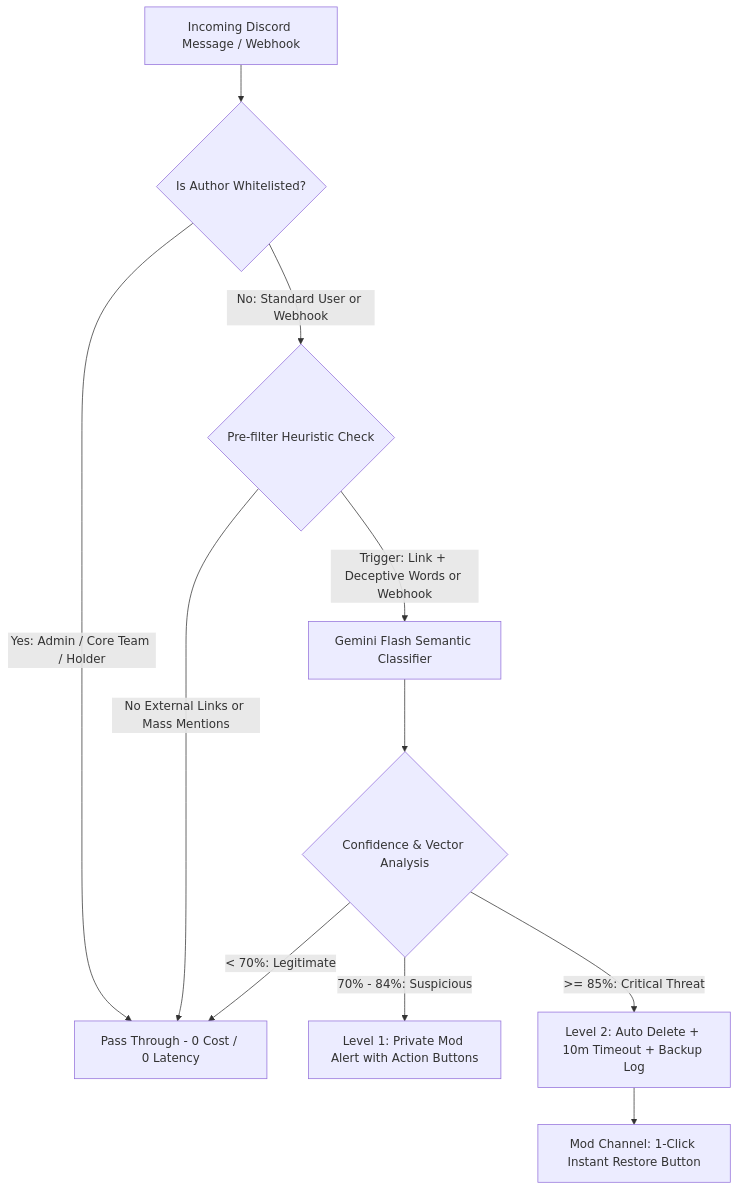
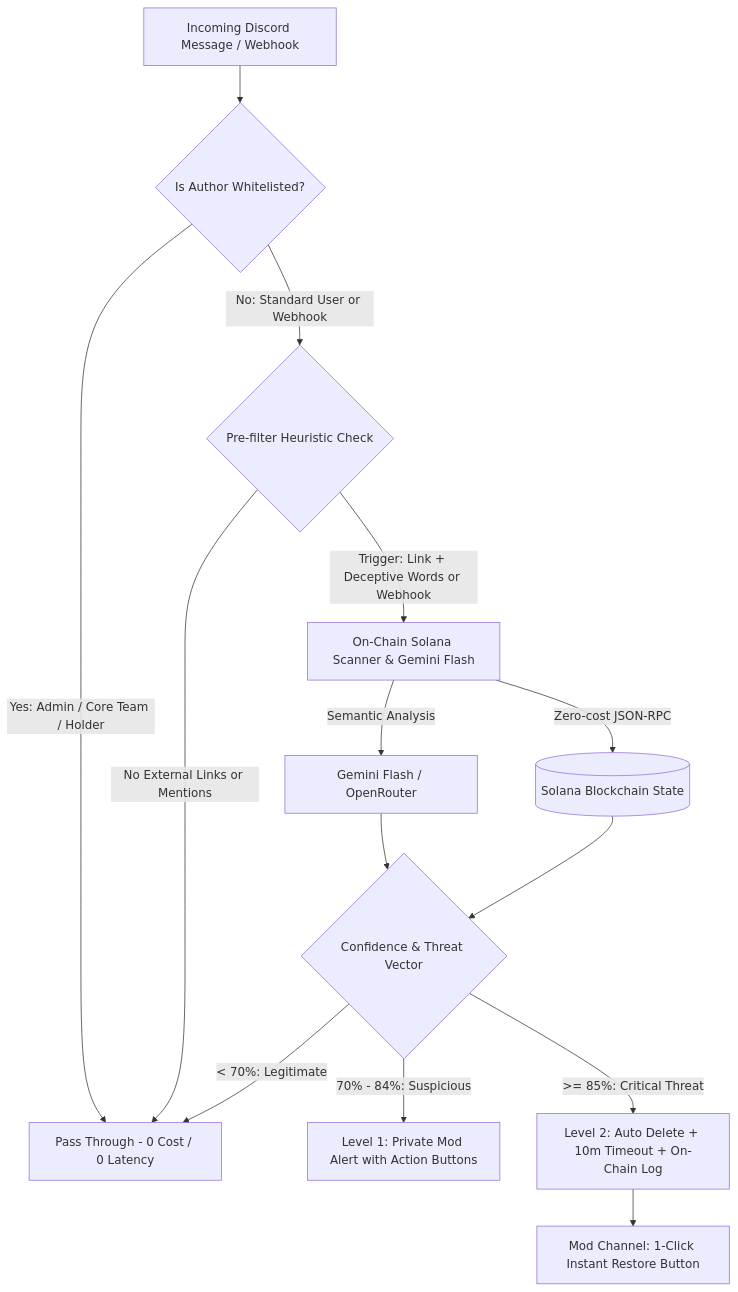
Before and after one commit to lamaaguilar9-web/discord-ai-sentinel: the diagram in README.md, drawn with Mermaid. The commit also changed other lines of this file and 3 other files, not shown here.

Commit message:
feat: add zero-cost on-chain Solana sensor for Superteam bounty

````diff
--- a/README.md
+++ b/README.md
@@ -30,18 +31,21 @@
 ```mermaid
 flowchart TD
     M[Incoming Discord Message / Webhook] --> W{Is Author Whitelisted?}
     
     W -->|Yes: Admin / Core Team / Holder| PASS[Pass Through - 0 Cost / 0 Latency]
     W -->|No: Standard User or Webhook| PF{Pre-filter Heuristic Check}
     
-    PF -->|No External Links or Mass Mentions| PASS
-    PF -->|Trigger: Link + Deceptive Words or Webhook| AI[Gemini Flash Semantic Classifier]
+    PF -->|No External Links or Mentions| PASS
+    PF -->|Trigger: Link + Deceptive Words or Webhook| SCAN[On-Chain Solana Scanner & Gemini Flash]
     
-    AI --> DEC{Confidence & Vector Analysis}
+    SCAN -->|Zero-cost JSON-RPC| SOL[(Solana Blockchain State)]
+    SCAN -->|Semantic Analysis| AI[Gemini Flash / OpenRouter]
+    
+    AI & SOL --> DEC{Confidence & Threat Vector}
     
     DEC -->|< 70%: Legitimate| PASS
     DEC -->|70% - 84%: Suspicious| L1[Level 1: Private Mod Alert with Action Buttons]
-    DEC -->|>= 85%: Critical Threat| L2[Level 2: Auto Delete + 10m Timeout + Backup Log]
+    DEC -->|>= 85%: Critical Threat| L2[Level 2: Auto Delete + 10m Timeout + On-Chain Log]
     
     L2 --> ROLL[Mod Channel: 1-Click Instant Restore Button]
 ```
````
